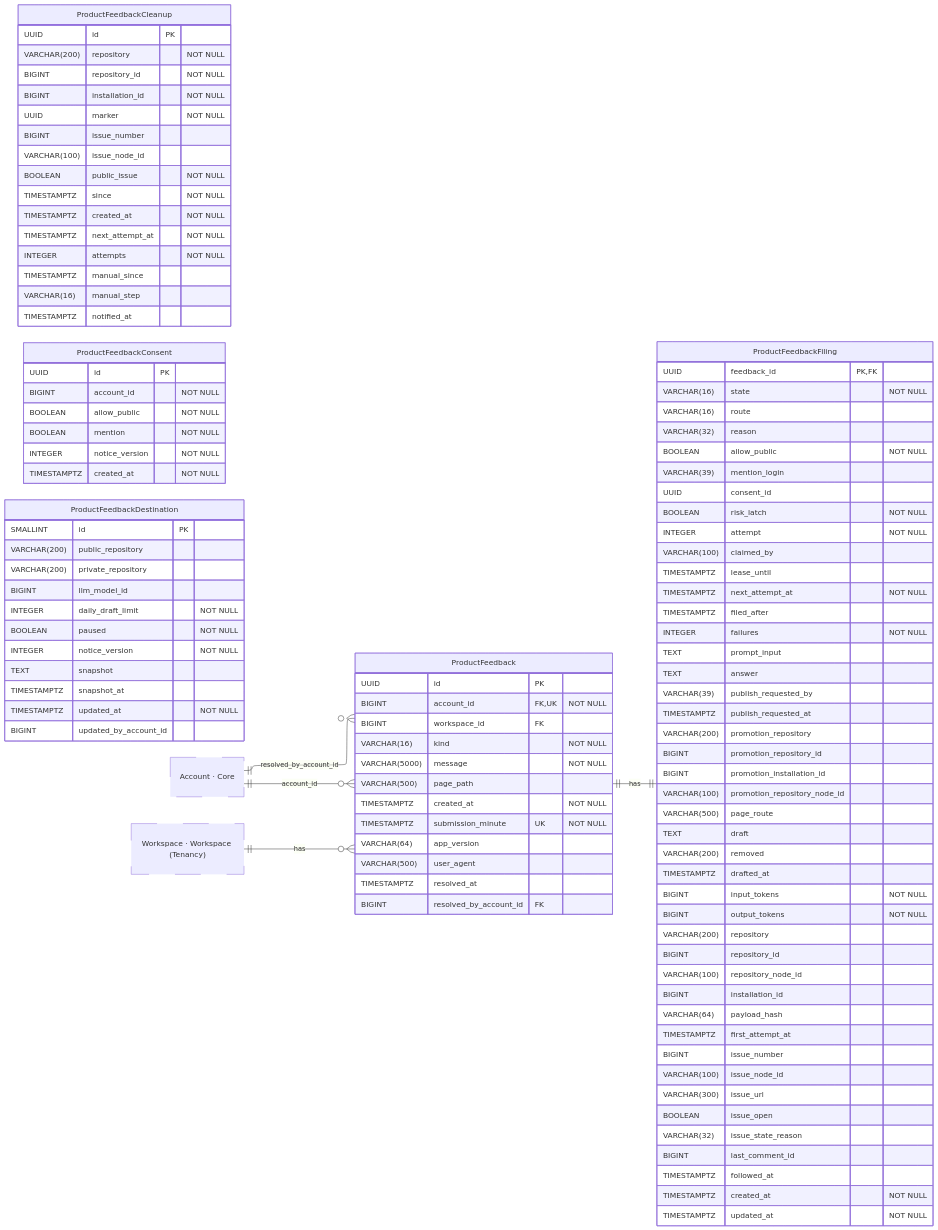
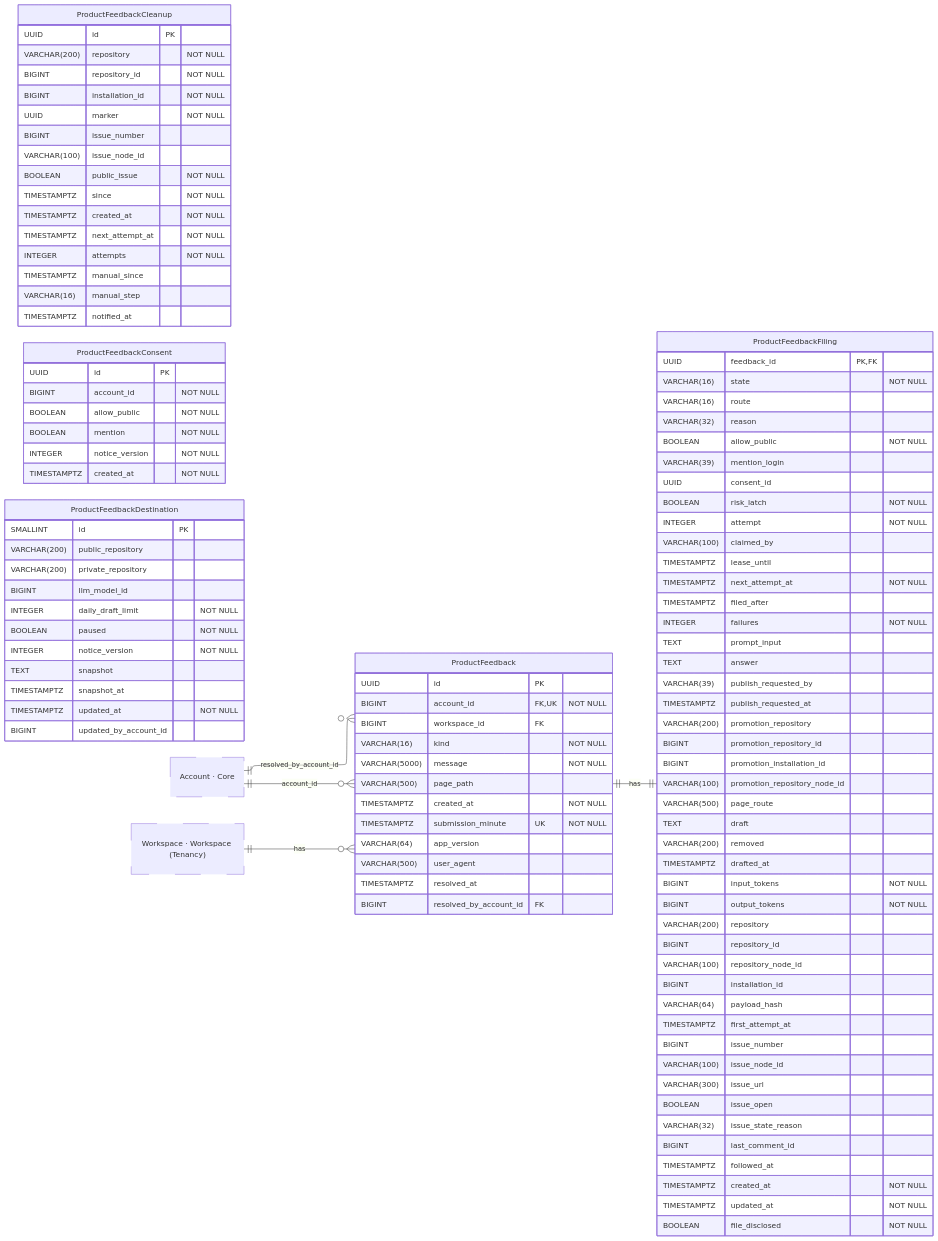
Before and after one commit to hephaestus-build/Hephaestus: the diagram in docs/contributor/erd/productfeedback.mmd, drawn with Mermaid. The commit also changed 59 other files, not shown here.

```diff
--- a/docs/contributor/erd/productfeedback.mmd
+++ b/docs/contributor/erd/productfeedback.mmd
@@ -1,133 +1,134 @@
 ---
 config:
     layout: elk
 ---
 erDiagram
     %% Generated automatically from PostgreSQL database schema
     %% using scripts/generate-mermaid-erd.ts
     %% To regenerate: vp run db:generate-erd-docs
 
     direction LR
 
     ProductFeedback {
         UUID id PK
         BIGINT account_id FK,UK "NOT NULL"
         BIGINT workspace_id FK
         VARCHAR(16) kind "NOT NULL"
         VARCHAR(5000) message "NOT NULL"
         VARCHAR(500) page_path
         TIMESTAMPTZ created_at "NOT NULL"
         TIMESTAMPTZ submission_minute UK "NOT NULL"
         VARCHAR(64) app_version
         VARCHAR(500) user_agent
         TIMESTAMPTZ resolved_at
         BIGINT resolved_by_account_id FK
     }
 
     ProductFeedbackCleanup {
         UUID id PK
         VARCHAR(200) repository "NOT NULL"
         BIGINT repository_id "NOT NULL"
         BIGINT installation_id "NOT NULL"
         UUID marker "NOT NULL"
         BIGINT issue_number
         VARCHAR(100) issue_node_id
         BOOLEAN public_issue "NOT NULL"
         TIMESTAMPTZ since "NOT NULL"
         TIMESTAMPTZ created_at "NOT NULL"
         TIMESTAMPTZ next_attempt_at "NOT NULL"
         INTEGER attempts "NOT NULL"
         TIMESTAMPTZ manual_since
         VARCHAR(16) manual_step
         TIMESTAMPTZ notified_at
     }
 
     ProductFeedbackConsent {
         UUID id PK
         BIGINT account_id "NOT NULL"
         BOOLEAN allow_public "NOT NULL"
         BOOLEAN mention "NOT NULL"
         INTEGER notice_version "NOT NULL"
         TIMESTAMPTZ created_at "NOT NULL"
     }
 
     ProductFeedbackDestination {
         SMALLINT id PK
         VARCHAR(200) public_repository
         VARCHAR(200) private_repository
         BIGINT llm_model_id
         INTEGER daily_draft_limit "NOT NULL"
         BOOLEAN paused "NOT NULL"
         INTEGER notice_version "NOT NULL"
         TEXT snapshot
         TIMESTAMPTZ snapshot_at
         TIMESTAMPTZ updated_at "NOT NULL"
         BIGINT updated_by_account_id
     }
 
     ProductFeedbackFiling {
         UUID feedback_id PK,FK
         VARCHAR(16) state "NOT NULL"
         VARCHAR(16) route
         VARCHAR(32) reason
         BOOLEAN allow_public "NOT NULL"
         VARCHAR(39) mention_login
         UUID consent_id
         BOOLEAN risk_latch "NOT NULL"
         INTEGER attempt "NOT NULL"
         VARCHAR(100) claimed_by
         TIMESTAMPTZ lease_until
         TIMESTAMPTZ next_attempt_at "NOT NULL"
         TIMESTAMPTZ filed_after
         INTEGER failures "NOT NULL"
         TEXT prompt_input
         TEXT answer
         VARCHAR(39) publish_requested_by
         TIMESTAMPTZ publish_requested_at
         VARCHAR(200) promotion_repository
         BIGINT promotion_repository_id
         BIGINT promotion_installation_id
         VARCHAR(100) promotion_repository_node_id
         VARCHAR(500) page_route
         TEXT draft
         VARCHAR(200) removed
         TIMESTAMPTZ drafted_at
         BIGINT input_tokens "NOT NULL"
         BIGINT output_tokens "NOT NULL"
         VARCHAR(200) repository
         BIGINT repository_id
         VARCHAR(100) repository_node_id
         BIGINT installation_id
         VARCHAR(64) payload_hash
         TIMESTAMPTZ first_attempt_at
         BIGINT issue_number
         VARCHAR(100) issue_node_id
         VARCHAR(300) issue_url
         BOOLEAN issue_open
         VARCHAR(32) issue_state_reason
         BIGINT last_comment_id
         TIMESTAMPTZ followed_at
         TIMESTAMPTZ created_at "NOT NULL"
         TIMESTAMPTZ updated_at "NOT NULL"
+        BOOLEAN file_disclosed "NOT NULL"
     }
 
     Account["Account · Core"]
     Workspace["Workspace · Workspace (Tenancy)"]
 
     %% Relationships
     %% One-to-One relationships
     ProductFeedback ||--|| ProductFeedbackFiling : has
 
     %% One-to-Many relationships
     Account ||--o{ ProductFeedback : account_id
     Account ||--o{ ProductFeedback : resolved_by_account_id
     Workspace ||--o{ ProductFeedback : has
 
     %% Styling
     classDef primaryEntity stroke:#0288d1,stroke-width:2px
     classDef associationEntity stroke:#8e24aa,stroke-width:2px
     classDef metadataEntity stroke:#43a047,stroke-width:2px
     classDef referenceEntity stroke-dasharray:5 5
 
     class Account referenceEntity
     class Workspace referenceEntity
```
